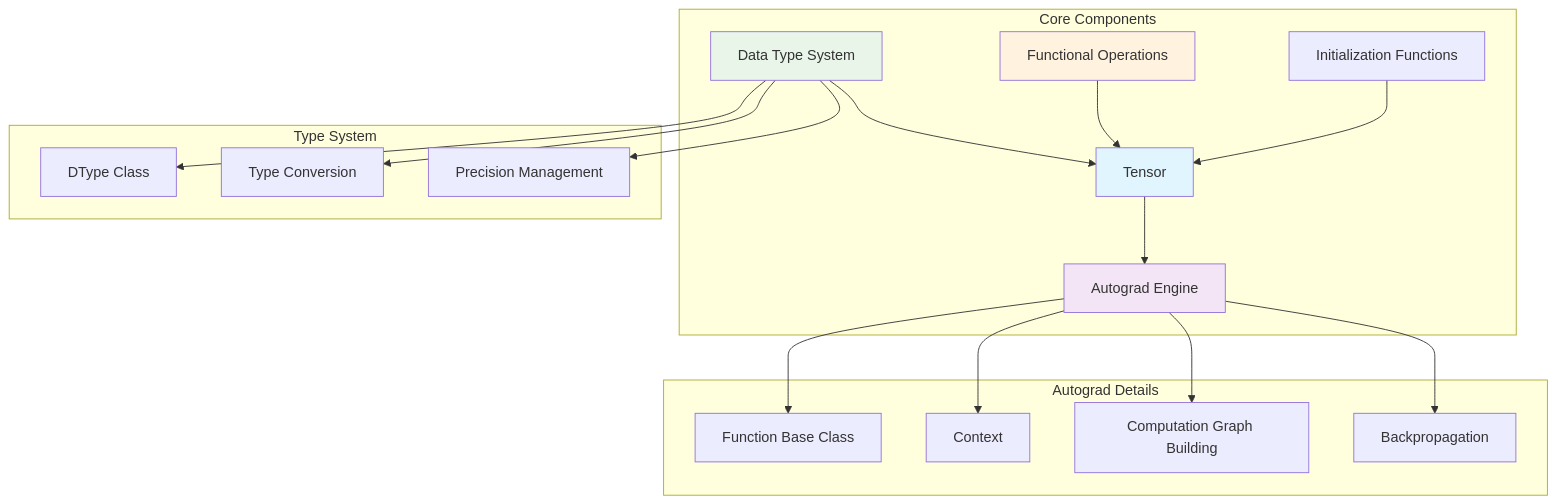
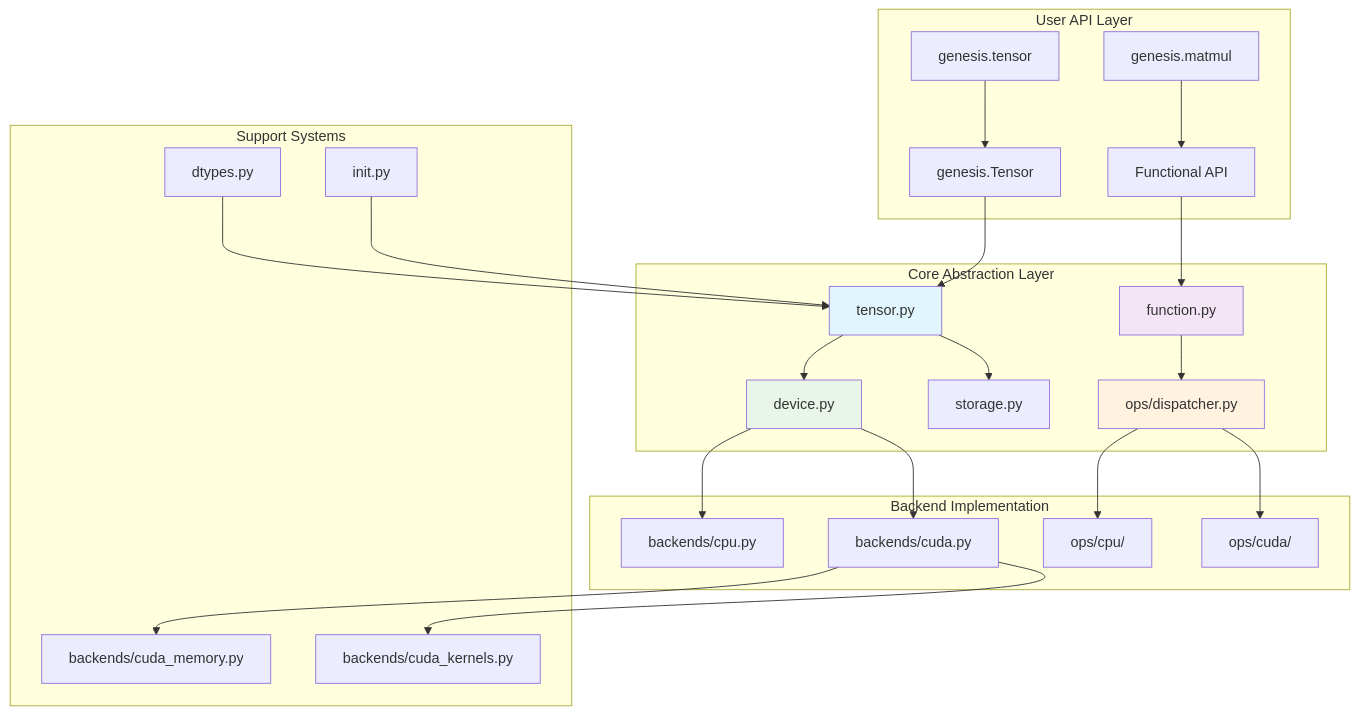
Before and after one commit to phonism/genesis: the diagram in docs/en/core-components/index.md, drawn with Mermaid. The commit also changed other lines of this file and 86 other files, not shown here.

````diff
--- a/docs/en/core-components/index.md
+++ b/docs/en/core-components/index.md
@@ -7,27 +7,34 @@
 ```mermaid
 graph TB
-    subgraph "Core Components"
-        A[Tensor] --> B[Autograd Engine]
-        C[Data Type System] --> A
-        D[Functional Operations] --> A
-        E[Initialization Functions] --> A
+    subgraph "User API Layer"
+        A[genesis.tensor] --> B[genesis.Tensor]
+        C[genesis.matmul] --> D[Functional API]
     end
-    
-    subgraph "Autograd Details"
-        B --> F[Function Base Class]
-        B --> G[Context]
-        B --> H[Computation Graph Building]
-        B --> I[Backpropagation]
+
+    subgraph "Core Abstraction Layer"
+        B --> E[tensor.py]
+        D --> F[function.py]
+        E --> G[device.py]
+        E --> H[storage.py]
+        F --> I[ops/dispatcher.py]
     end
-    
-    subgraph "Type System"
-        C --> J[DType Class]
-        C --> K[Type Conversion]
-        C --> L[Precision Management]
+
+    subgraph "Backend Implementation"
+        G --> J[backends/cpu.py]
+        G --> K[backends/cuda.py]
+        I --> L[ops/cpu/]
+        I --> M[ops/cuda/]
     end
-    
-    style A fill:#e1f5fe
-    style B fill:#f3e5f5
-    style C fill:#e8f5e8
-    style D fill:#fff3e0
+
+    subgraph "Support Systems"
+        N[dtypes.py] --> E
+        O[init.py] --> E
+        K --> P[backends/cuda_memory.py]
+        K --> Q[backends/cuda_kernels.py]
+    end
+
+    style E fill:#e1f5fe
+    style F fill:#f3e5f5
+    style G fill:#e8f5e8
+    style I fill:#fff3e0
 ```
````
